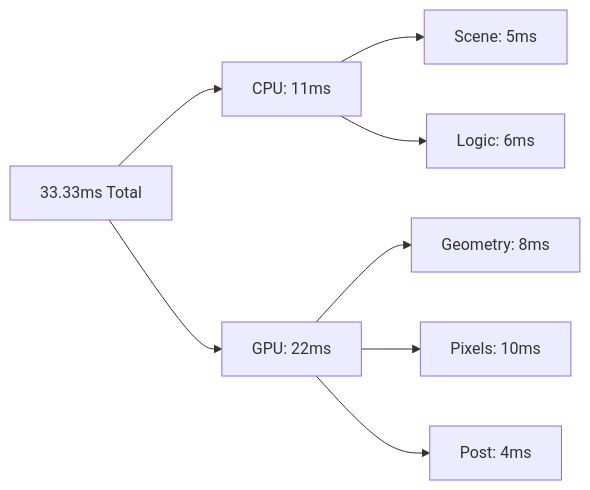
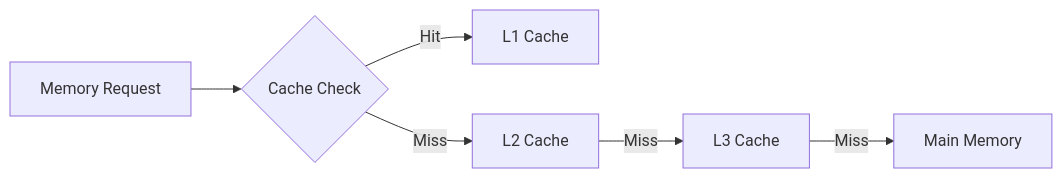
Before and after one commit to ariargenta/yashima-engine: the eighth of 18 diagrams in docs/design/vision-and-scope.md, drawn with Mermaid. The commit also changed other lines of this file, not shown here.

````diff
--- a/docs/design/vision-and-scope.md
+++ b/docs/design/vision-and-scope.md
@@ -501,10 +532,8 @@
 ```mermaid
 graph LR
-    A[33.33ms Total] --> B[CPU: 11ms]
-    A --> C[GPU: 22ms]
-    B --> D[Scene: 5ms]
-    B --> E[Logic: 6ms]
-    C --> F[Geometry: 8ms]
-    C --> G[Pixels: 10ms]
-    C --> H[Post: 4ms]
+    A[Memory Request] --> B{Cache Check}
+    B -->|Hit| C[L1 Cache]
+    B -->|Miss| D[L2 Cache]
+    D -->|Miss| E[L3 Cache]
+    E -->|Miss| F[Main Memory]
 ```
````
